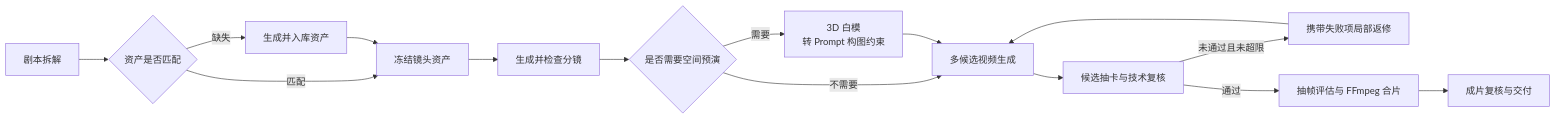
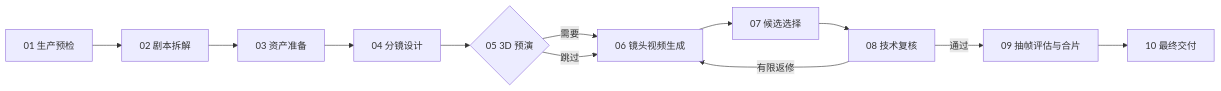
One commit to K80Tom/frame-shortdrama-agent changed the first of 3 diagrams in README.md. Above: the diagram before and after it, drawn with Mermaid. The commit also changed other lines of this file, not shown here.

````diff
--- a/README.md
+++ b/README.md
@@ -38,17 +60,14 @@
 ```mermaid
 flowchart LR
-    A[剧本拆解] --> B{资产是否匹配}
-    B -->|匹配| C[冻结镜头资产]
-    B -->|缺失| B1[生成并入库资产]
-    B1 --> C
-    C --> D[生成并检查分镜]
-    D --> E{是否需要空间预演}
-    E -->|需要| E1[3D 白模<br/>转 Prompt 构图约束]
-    E -->|不需要| F[多候选视频生成]
-    E1 --> F
-    F --> G[候选抽卡与技术复核]
-    G -->|未通过且未超限| H[携带失败项局部返修]
-    H --> F
-    G -->|通过| I[抽帧评估与 FFmpeg 合片]
-    I --> J[成片复核与交付]
+    A[01 生产预检] --> B[02 剧本拆解]
+    B --> C[03 资产准备]
+    C --> D[04 分镜设计]
+    D --> E{05 3D 预演}
+    E -->|需要| F[06 镜头视频生成]
+    E -->|跳过| F
+    F --> G[07 候选选择]
+    G --> H[08 技术复核]
+    H -->|有限返修| F
+    H -->|通过| I[09 抽帧评估与合片]
+    I --> J[10 最终交付]
 ```
````
